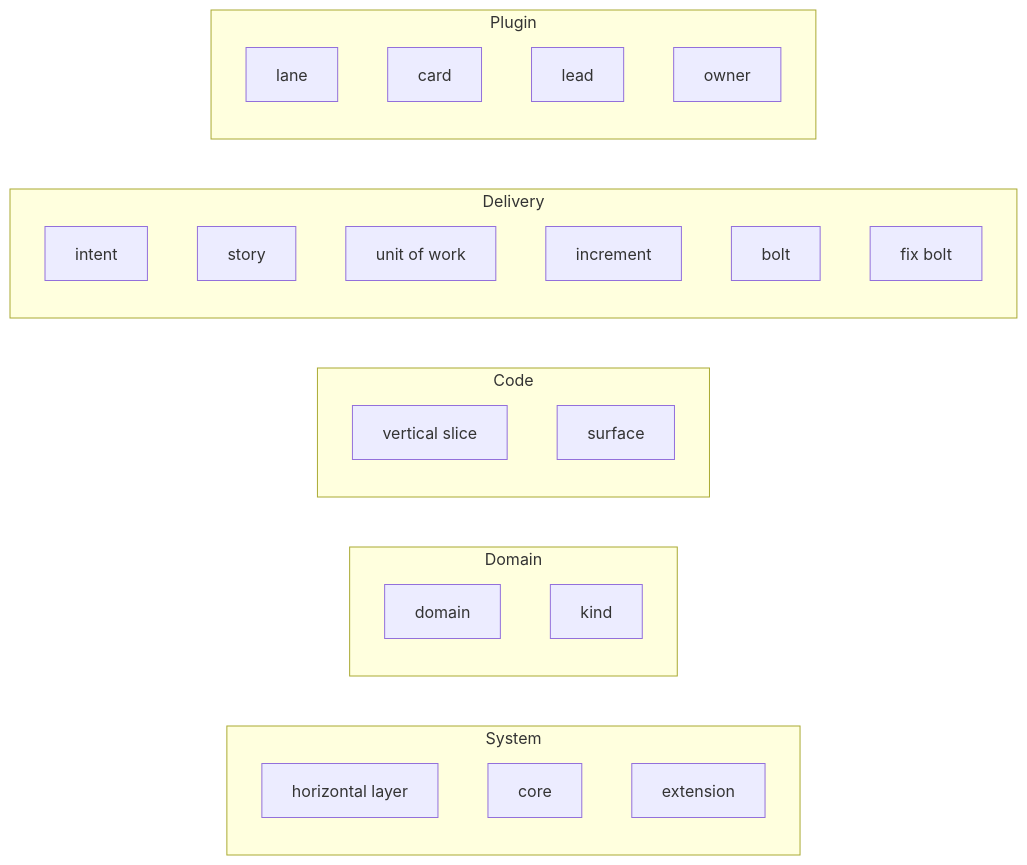
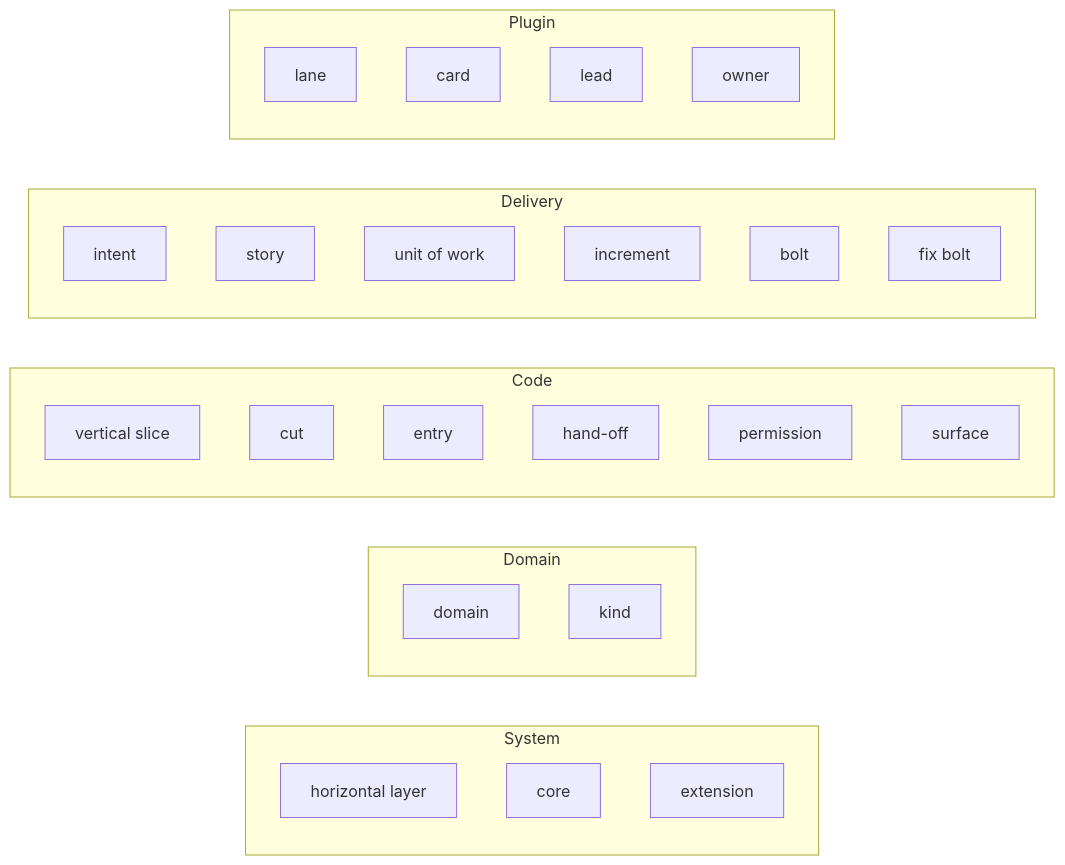
One commit to Scrollout/aidlc-team-plugin changed the diagram in docs/design/diagrams/canonical-model.md. Above: the diagram before and after it, drawn with Mermaid. The commit also changed 14 other files, not shown here.

````diff
--- a/docs/design/diagrams/canonical-model.md
+++ b/docs/design/diagrams/canonical-model.md
@@ -9,30 +9,34 @@
 ```mermaid
 flowchart LR
   subgraph System["System"]
     System_horizontal_layer["horizontal layer"]
     System_core["core"]
     System_extension["extension"]
   end
   subgraph Domain["Domain"]
     Domain_domain["domain"]
     Domain_kind["kind"]
   end
   subgraph Code["Code"]
     Code_vertical_slice["vertical slice"]
+    Code_cut["cut"]
+    Code_entry["entry"]
+    Code_hand_off["hand-off"]
+    Code_permission["permission"]
     Code_surface["surface"]
   end
   subgraph Delivery["Delivery"]
     Delivery_intent["intent"]
     Delivery_story["story"]
     Delivery_unit_of_work["unit of work"]
     Delivery_increment["increment"]
     Delivery_bolt["bolt"]
     Delivery_fix_bolt["fix bolt"]
   end
   subgraph Plugin["Plugin"]
     Plugin_lane["lane"]
     Plugin_card["card"]
     Plugin_lead["lead"]
     Plugin_owner["owner"]
   end
 ```
````
